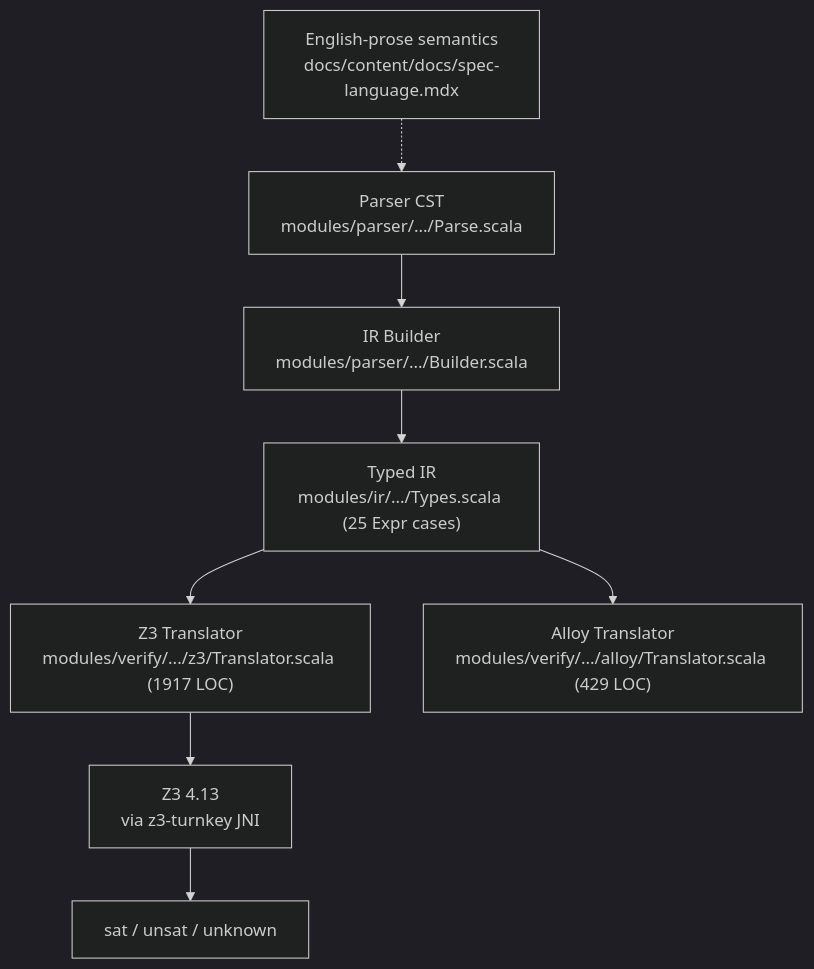
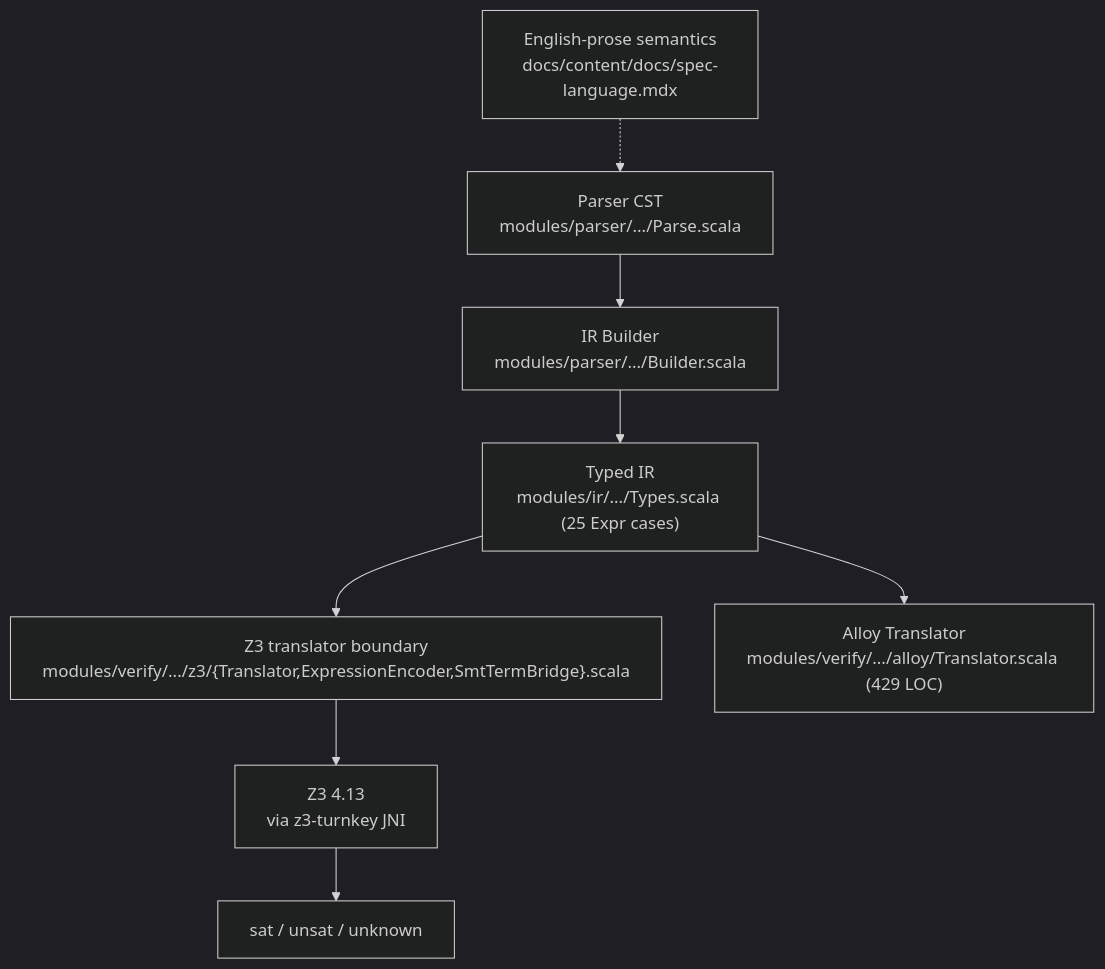
One commit to HardMax71/spec_to_rest changed the first of 2 diagrams in docs/content/docs/research/10_translator_soundness.md. Above: the diagram before and after it, drawn with Mermaid (dark theme). The commit also changed other lines of this file and 11 other files, not shown here.

First line of the commit message:
Refactor Z3 translator boundary (#451)

````diff
--- a/docs/content/docs/research/10_translator_soundness.md
+++ b/docs/content/docs/research/10_translator_soundness.md
@@ -97,16 +97,16 @@
 ```mermaid
 flowchart TD
   Prose["English-prose semantics<br/>docs/content/docs/spec-language.mdx"]
   Parser["Parser CST<br/>modules/parser/.../Parse.scala"]
   Builder["IR Builder<br/>modules/parser/.../Builder.scala"]
   IR["Typed IR<br/>modules/ir/.../Types.scala (25 Expr cases)"]
-  ZTrans["Z3 Translator<br/>modules/verify/.../z3/Translator.scala (1917 LOC)"]
+  ZTrans["Z3 translator boundary<br/>modules/verify/.../z3/{Translator,ExpressionEncoder,SmtTermBridge}.scala"]
   ATrans["Alloy Translator<br/>modules/verify/.../alloy/Translator.scala (429 LOC)"]
   Z3["Z3 4.13<br/>via z3-turnkey JNI"]
   Verdict["sat / unsat / unknown"]
 
   Prose -.-> Parser
   Parser --> Builder --> IR --> ZTrans --> Z3
   IR --> ATrans
   Z3 --> Verdict
 ```
````
